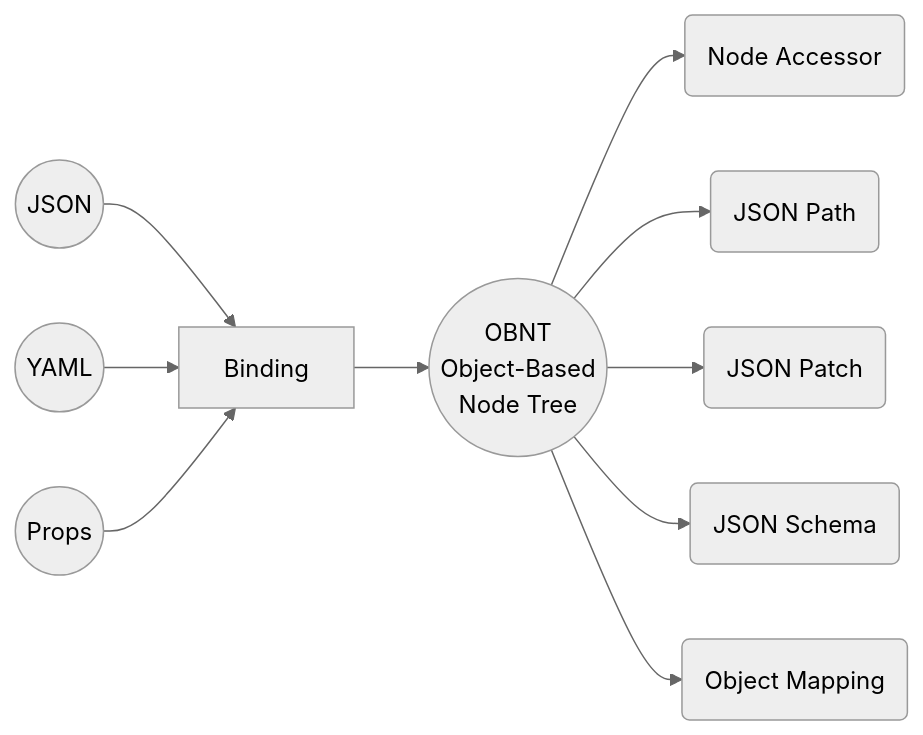
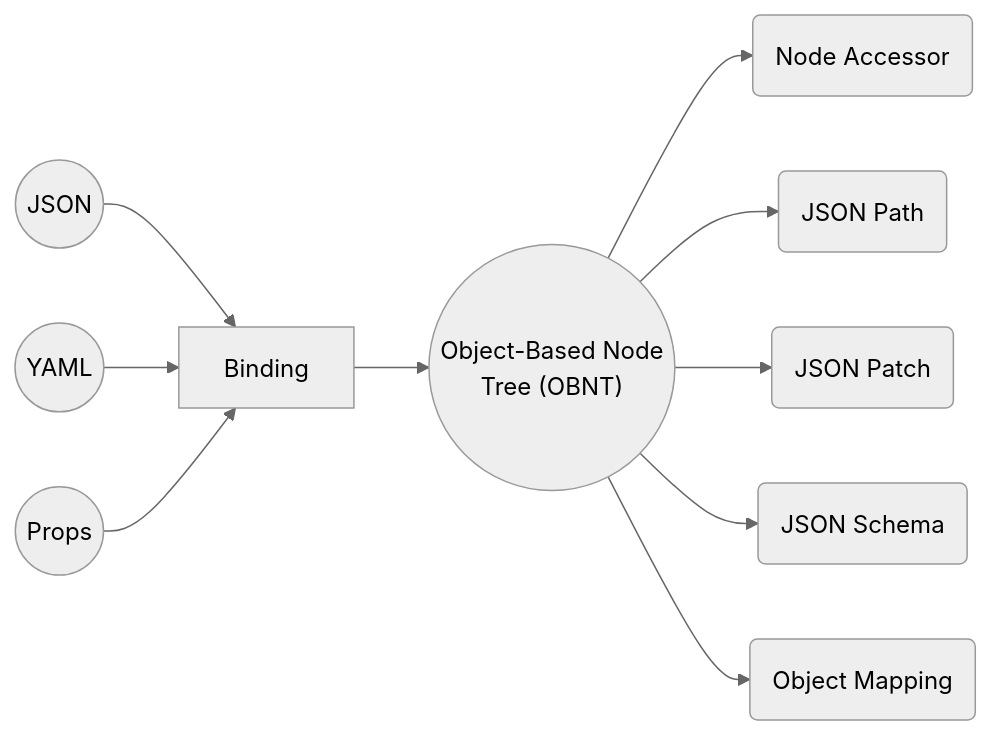
Before and after one commit to sjf4j-projects/sjf4j.org: the first of 2 diagrams in docs/architecture.md, drawn with Mermaid (neutral theme). The commit also changed 9 other files, not shown here.

````diff
--- a/docs/architecture.md
+++ b/docs/architecture.md
@@ -19,21 +19,21 @@
 ```mermaid
 flowchart LR
 
     JSON(("JSON"))
     YAML(("YAML"))
     PROP(("Props"))
 
     BIND["Binding"]
 
     JSON --> BIND
     YAML --> BIND
     PROP --> BIND
 
-    BIND --> OBNT(("OBNT <br/> Object-Based <br/> Node Tree"))
+    BIND --> OBNT(("Object-Based Node <br/> Tree (OBNT)"))
 
     OBNT --> ACCESSOR("Node Accessor")
     OBNT --> PATH("JSON Path")
     OBNT --> PATCH("JSON Patch")
     OBNT --> SCHEMA("JSON Schema")
     OBNT --> MAPPER("Object Mapping")
 ```
````
